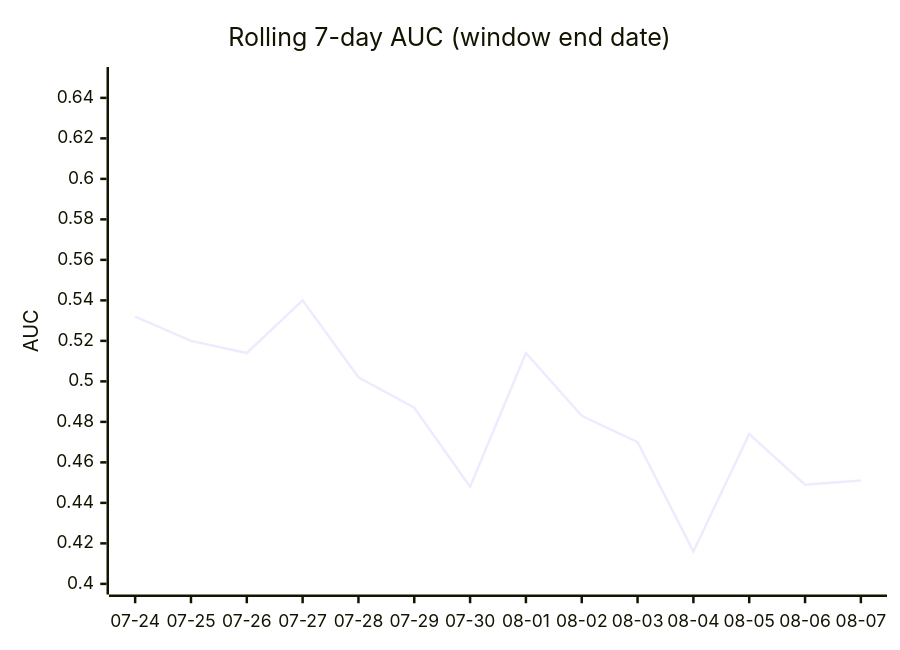
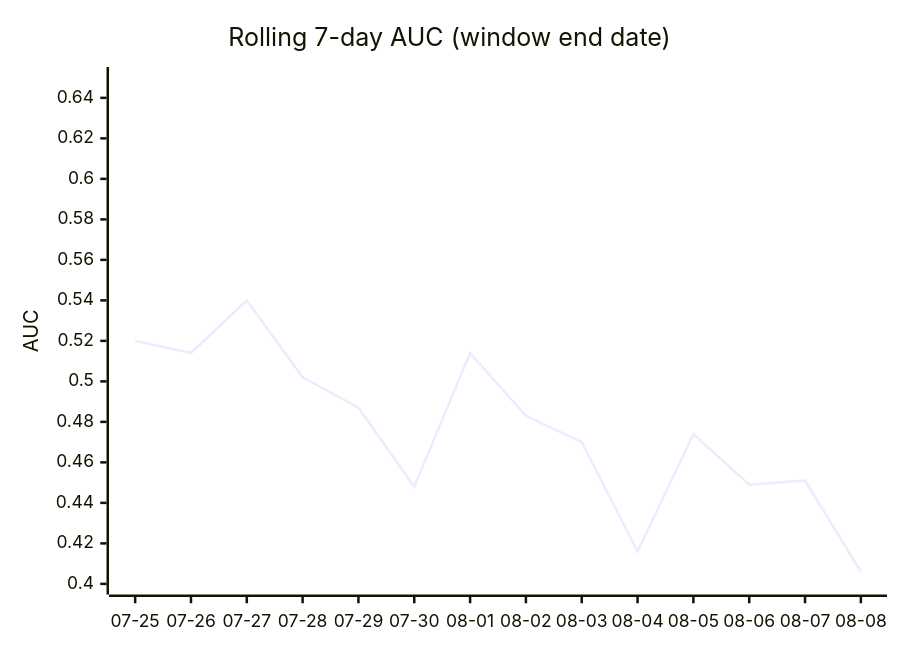
Before and after one commit to dpk1212/nhl-savant: the third of 4 diagrams in DAILY_AGSU_REPORT.md, drawn with Mermaid. The commit also changed other lines of this file, not shown here.

````diff
--- a/DAILY_AGSU_REPORT.md
+++ b/DAILY_AGSU_REPORT.md
@@ -784,7 +784,7 @@
 ```mermaid
 xychart-beta
     title "Rolling 7-day AUC (window end date)"
-    x-axis ["07-24", "07-25", "07-26", "07-27", "07-28", "07-29", "07-30", "08-01", "08-02", "08-03", "08-04", "08-05", "08-06", "08-07"]
+    x-axis ["07-25", "07-26", "07-27", "07-28", "07-29", "07-30", "08-01", "08-02", "08-03", "08-04", "08-05", "08-06", "08-07", "08-08"]
     y-axis "AUC" 0.4 --> 0.65
-    line [0.532, 0.52, 0.514, 0.54, 0.502, 0.487, 0.448, 0.514, 0.483, 0.47, 0.416, 0.474, 0.449, 0.451]
+    line [0.52, 0.514, 0.54, 0.502, 0.487, 0.448, 0.514, 0.483, 0.47, 0.416, 0.474, 0.449, 0.451, 0.406]
 ```
````
